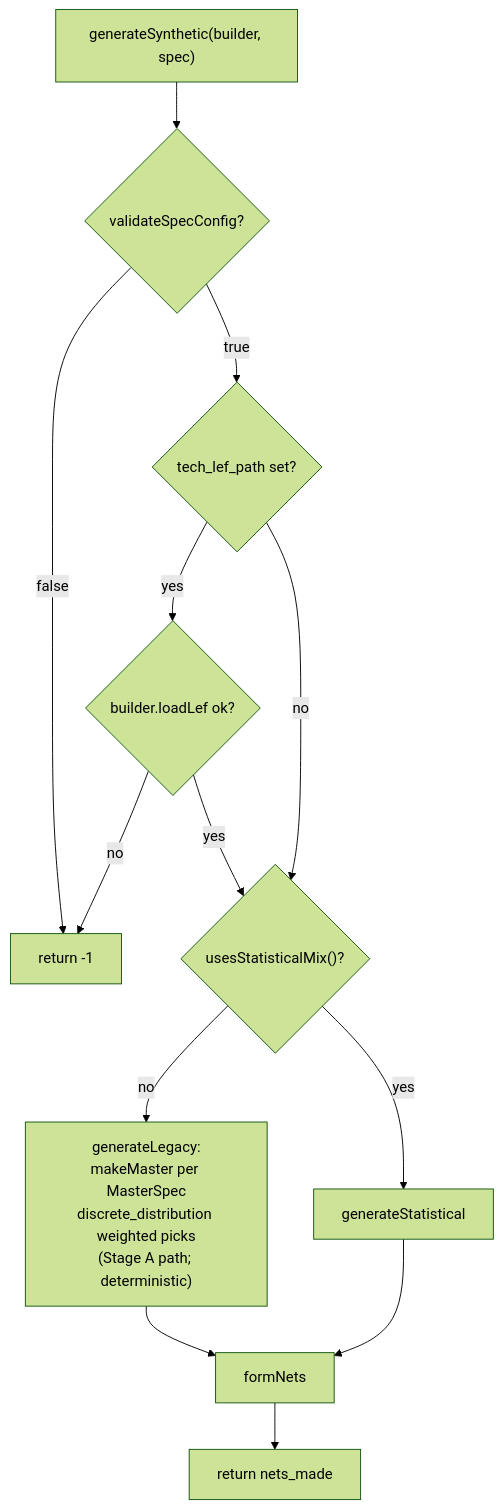
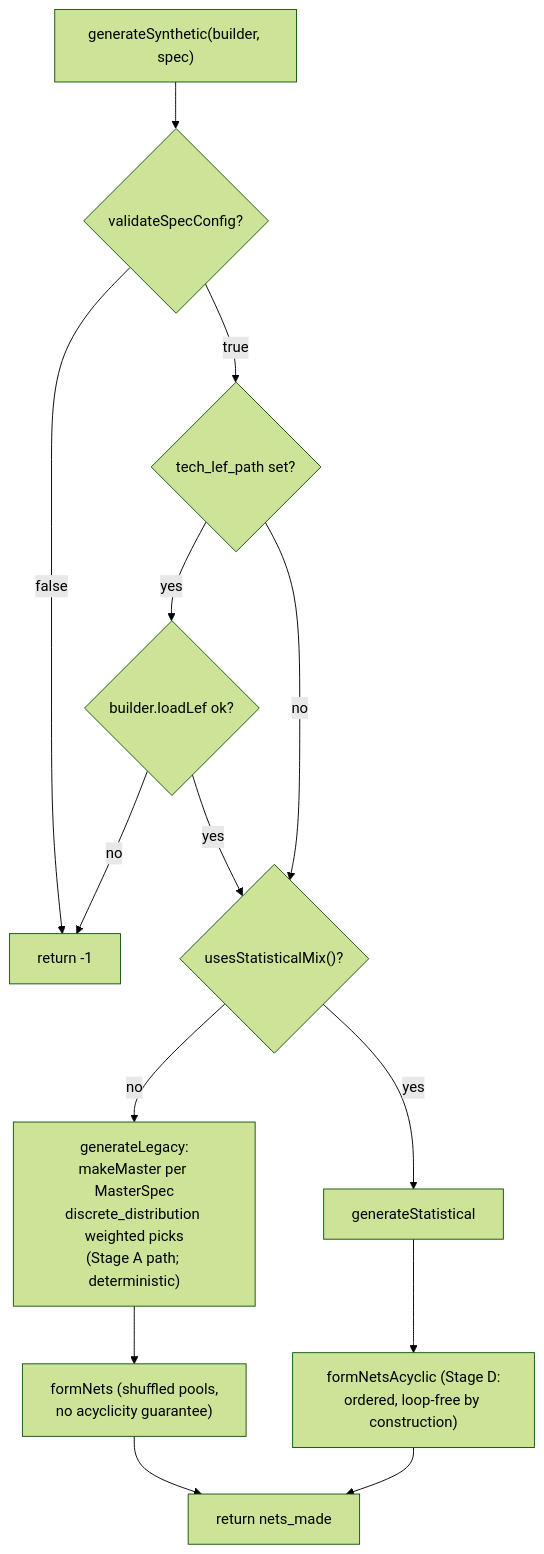
The fourth of 12 diagrams in src/engines/netlistgen/FLOW.md (rfive88/eda-lab), drawn with Mermaid (forest theme) before and after one commit. The commit also changed other lines of this file and 12 other files, not shown here.

````diff
--- a/src/engines/netlistgen/FLOW.md
+++ b/src/engines/netlistgen/FLOW.md
@@ -131,15 +134,16 @@
 ```mermaid
 graph TD
   gs["generateSynthetic(builder, spec)"] --> val{"validateSpecConfig?"}
   val -->|false| r1["return -1"]
   val -->|true| lef{"tech_lef_path set?"}
   lef -->|yes| load{"builder.loadLef ok?"}
   load -->|no| r1
   load -->|yes| mode
   lef -->|no| mode{"usesStatisticalMix()?"}
   mode -->|no| legacy["generateLegacy:<br/>makeMaster per MasterSpec<br/>discrete_distribution weighted picks<br/>(Stage A path; deterministic)"]
   mode -->|yes| stat["generateStatistical"]
-  legacy --> fn["formNets"]
-  stat --> fn
+  legacy --> fn["formNets (shuffled pools,<br/>no acyclicity guarantee)"]
+  stat --> fna["formNetsAcyclic (Stage D:<br/>ordered, loop-free by construction)"]
   fn --> ret["return nets_made"]
+  fna --> ret
 ```
````
